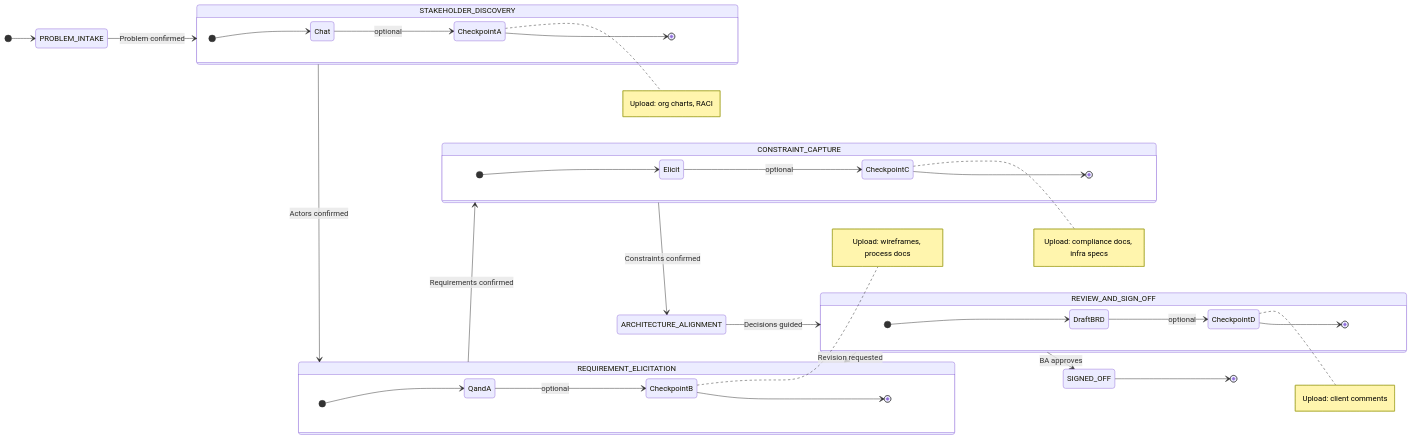
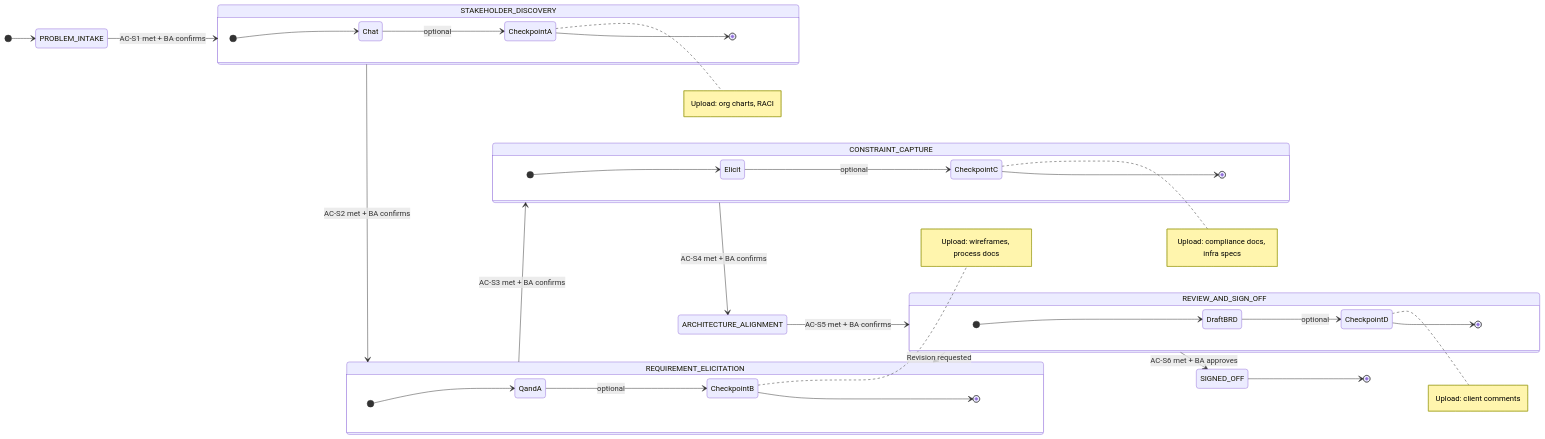
Before and after one commit to AABH-AI/chitragupt_AB: the second of 3 diagrams in README.md, drawn with Mermaid. The commit also changed other lines of this file and 13 other files, not shown here.

````diff
--- a/README.md
+++ b/README.md
@@ -112,57 +111,57 @@
 ```mermaid
 stateDiagram-v2
     direction LR
 
     [*] --> PROBLEM_INTAKE
 
-    PROBLEM_INTAKE --> STAKEHOLDER_DISCOVERY : Problem confirmed
+    PROBLEM_INTAKE --> STAKEHOLDER_DISCOVERY : AC-S1 met + BA confirms
 
-    STAKEHOLDER_DISCOVERY --> REQUIREMENT_ELICITATION : Actors confirmed
+    STAKEHOLDER_DISCOVERY --> REQUIREMENT_ELICITATION : AC-S2 met + BA confirms
 
     state STAKEHOLDER_DISCOVERY {
         [*] --> Chat
         Chat --> CheckpointA : optional
         note right of CheckpointA
             Upload: org charts, RACI
         end note
         CheckpointA --> [*]
     }
 
-    REQUIREMENT_ELICITATION --> CONSTRAINT_CAPTURE : Requirements confirmed
+    REQUIREMENT_ELICITATION --> CONSTRAINT_CAPTURE : AC-S3 met + BA confirms
 
     state REQUIREMENT_ELICITATION {
         [*] --> QandA
         QandA --> CheckpointB : optional
         note right of CheckpointB
             Upload: wireframes, process docs
         end note
         CheckpointB --> [*]
     }
 
-    CONSTRAINT_CAPTURE --> ARCHITECTURE_ALIGNMENT : Constraints confirmed
+    CONSTRAINT_CAPTURE --> ARCHITECTURE_ALIGNMENT : AC-S4 met + BA confirms
 
     state CONSTRAINT_CAPTURE {
         [*] --> Elicit
         Elicit --> CheckpointC : optional
         note right of CheckpointC
             Upload: compliance docs, infra specs
         end note
         CheckpointC --> [*]
     }
 
-    ARCHITECTURE_ALIGNMENT --> REVIEW_AND_SIGN_OFF : Decisions guided
+    ARCHITECTURE_ALIGNMENT --> REVIEW_AND_SIGN_OFF : AC-S5 met + BA confirms
 
     REVIEW_AND_SIGN_OFF --> REQUIREMENT_ELICITATION : Revision requested
-    REVIEW_AND_SIGN_OFF --> SIGNED_OFF : BA approves
+    REVIEW_AND_SIGN_OFF --> SIGNED_OFF : AC-S6 met + BA approves
 
     state REVIEW_AND_SIGN_OFF {
         [*] --> DraftBRD
         DraftBRD --> CheckpointD : optional
         note right of CheckpointD
             Upload: client comments
         end note
         CheckpointD --> [*]
     }
 
     SIGNED_OFF --> [*]
 ```
````
